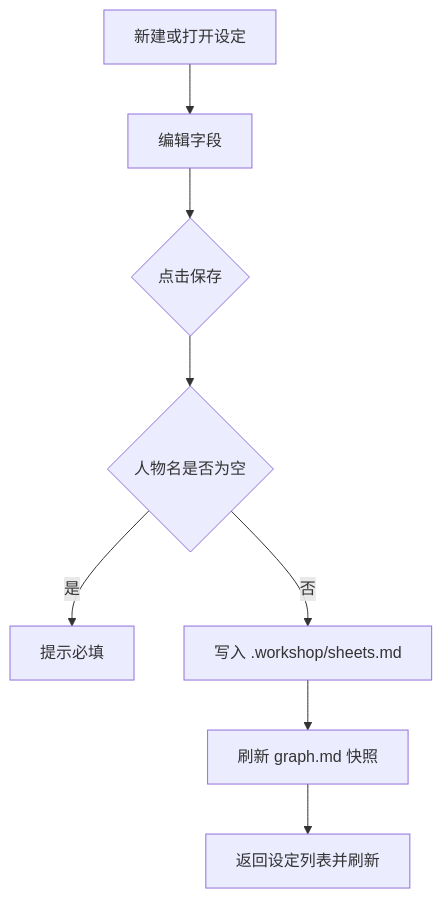
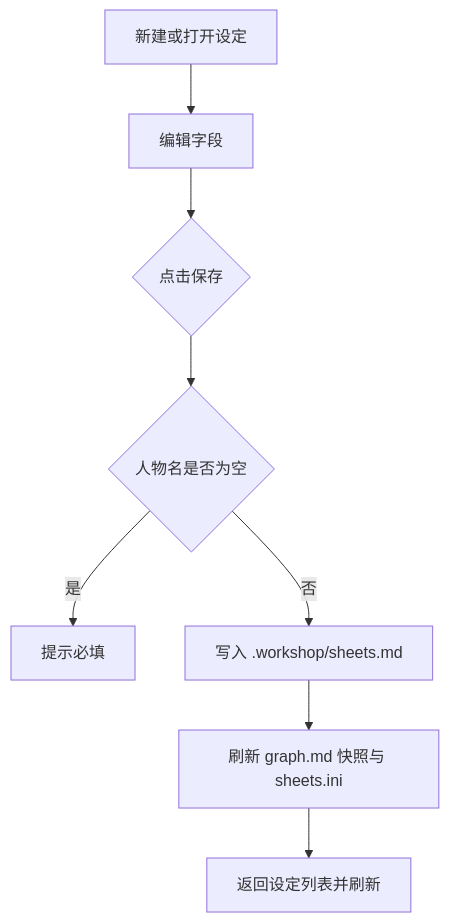
The diagram in docs/prd/04-sheets-and-relations.md (the-writer/creative-workshop), drawn with Mermaid before and after one commit. The commit also changed other lines of this file and 7 other files, not shown here.

Commit message:
feat: generate grouped sheets.ini in workshop data

````diff
--- a/docs/prd/04-sheets-and-relations.md
+++ b/docs/prd/04-sheets-and-relations.md
@@ -39,10 +39,10 @@
 ```mermaid
 flowchart TD
   A[新建或打开设定] --> B[编辑字段]
   B --> C{点击保存}
   C --> D{人物名是否为空}
   D -- 是 --> E[提示必填]
   D -- 否 --> F[写入 .workshop/sheets.md]
-  F --> G[刷新 graph.md 快照]
+  F --> G[刷新 graph.md 快照与 sheets.ini]
   G --> H[返回设定列表并刷新]
 ```
````
